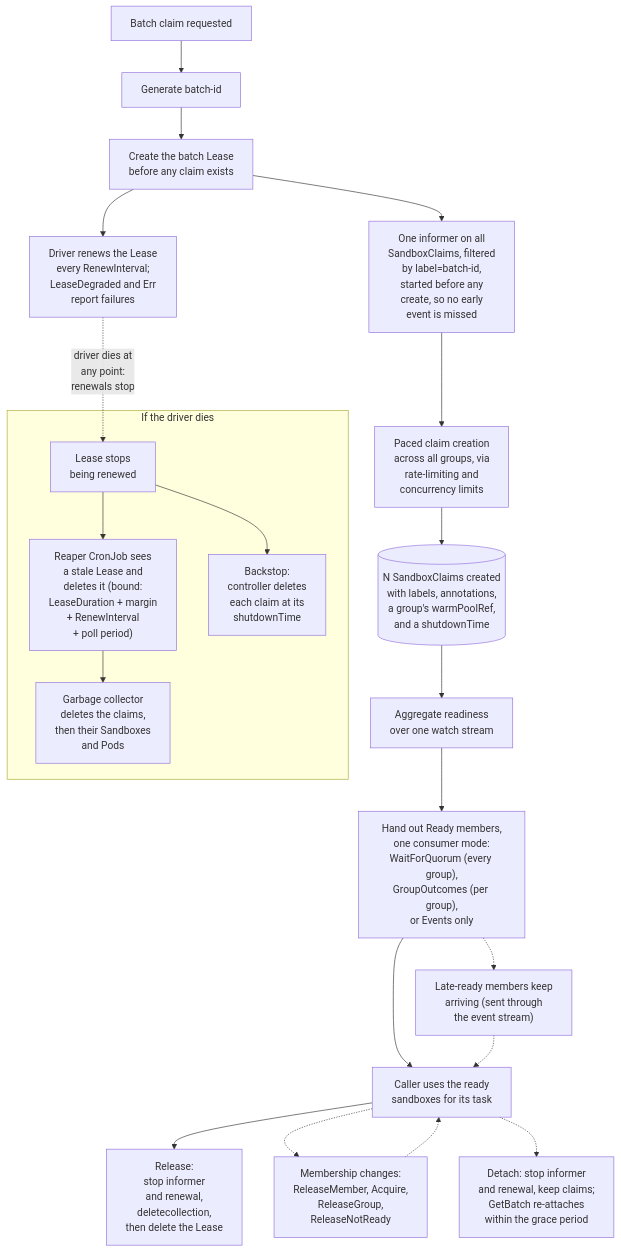
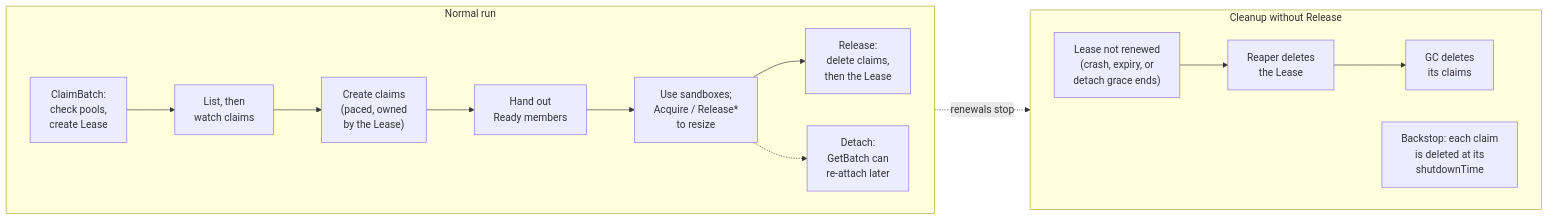
One commit to briankhoi/agent-sandbox changed the diagram in batch-primitives/batch_claim_proposal.md. Above: the diagram before and after it, drawn with Mermaid.

Commit message:
docs(proposal): make the batch lifecycle diagram accurate and slide-sized
The diagram drew the shutdownTime backstop as triggered by a dead driver, although it
fires on every claim regardless, and left out the claims' ownerReference to the Lease,
which is what lets the reaper's Lease delete clean them up. It also gave a reaper
bound that dropped the reaper's second LeaseDuration wait. Redraw it with the steps
the code takes (pool check, list then watch, Release deleting claims before the Lease,
Detach and GetBatch) in short labels, and leave the timing bounds and edge cases to
the text above it, so it fits on one slide.

````diff
--- a/batch-primitives/batch_claim_proposal.md
+++ b/batch-primitives/batch_claim_proposal.md
@@ -175,36 +175,20 @@
 ```mermaid
-flowchart TD
-    Start["Batch claim requested"]
-    Mint["Generate batch-id"]
-    Lease["Create the batch Lease<br/>before any claim exists"]
-    Watch["One informer on all<br/>SandboxClaims, filtered<br/>by label=batch-id,<br/>started before any<br/>create, so no early<br/>event is missed"]
-    Create["Paced claim creation<br/>across all groups, via<br/>rate-limiting and<br/>concurrency limits"]
-    Claims[("N SandboxClaims created<br/>with labels, annotations,<br/>a group's warmPoolRef,<br/>and a shutdownTime")]
-    Aggregate["Aggregate readiness<br/>over one watch stream"]
-    Quorum["Hand out Ready members,<br/>one consumer mode:<br/>WaitForQuorum (every group),<br/>GroupOutcomes (per group),<br/>or Events only"]
-    Work["Caller uses the ready<br/>sandboxes for its task"]
-    LateReady["Late-ready members keep<br/>arriving (sent through<br/>the event stream)"]
-    Swap["Membership changes:<br/>ReleaseMember, Acquire,<br/>ReleaseGroup,<br/>ReleaseNotReady"]
-    Release["Release:<br/>stop informer<br/>and renewal,<br/>deletecollection,<br/>then delete the Lease"]
-    Detach["Detach: stop informer<br/>and renewal, keep claims;<br/>GetBatch re-attaches<br/>within the grace period"]
-    Renew["Driver renews the Lease<br/>every RenewInterval;<br/>LeaseDegraded and Err<br/>report failures"]
-
-    Start --> Mint --> Lease --> Watch --> Create --> Claims
-    Claims --> Aggregate --> Quorum --> Work --> Release
-    Quorum -.-> LateReady -.-> Work
-    Work -.-> Swap -.-> Work
-    Work -.-> Detach
-    Lease --> Renew
-
-    subgraph CrashSafety["If the driver dies"]
-      NoRenew["Lease stops<br/>being renewed"]
-      Reaper["Reaper CronJob sees<br/>a stale Lease and<br/>deletes it (bound:<br/>LeaseDuration + margin<br/>+ RenewInterval<br/>+ poll period)"]
-      GC["Garbage collector<br/>deletes the claims,<br/>then their Sandboxes<br/>and Pods"]
-      Cap["Backstop:<br/>controller deletes<br/>each claim at its<br/>shutdownTime"]
-      NoRenew --> Reaper
-      Reaper --> GC
-      NoRenew --> Cap
+flowchart LR
+    subgraph Run["Normal run"]
+      direction LR
+      Claim["ClaimBatch:<br/>check pools,<br/>create Lease"] --> Watch["List, then<br/>watch claims"]
+      Watch --> Create["Create claims<br/>(paced, owned<br/>by the Lease)"]
+      Create --> Ready["Hand out<br/>Ready members"]
+      Ready --> Work["Use sandboxes;<br/>Acquire / Release*<br/>to resize"]
+      Work --> Release["Release:<br/>delete claims,<br/>then the Lease"]
+      Work -.-> Detach["Detach:<br/>GetBatch can<br/>re-attach later"]
     end
 
-    Renew -.->|driver dies at<br/>any point:<br/>renewals stop| NoRenew
+    subgraph Gone["Cleanup without Release"]
+      direction LR
+      Stale["Lease not renewed<br/>(crash, expiry, or<br/>detach grace ends)"] --> Reaper["Reaper deletes<br/>the Lease"] --> GC["GC deletes<br/>its claims"]
+      Cap["Backstop: each claim<br/>is deleted at its<br/>shutdownTime"]
+    end
+
+    Claim -.->|"renewals stop"| Stale
 ```
````
